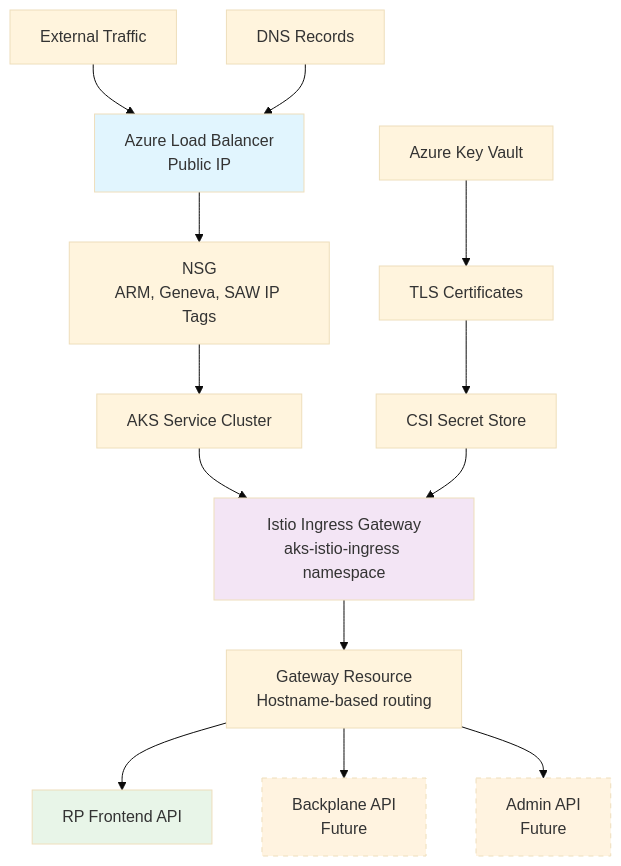
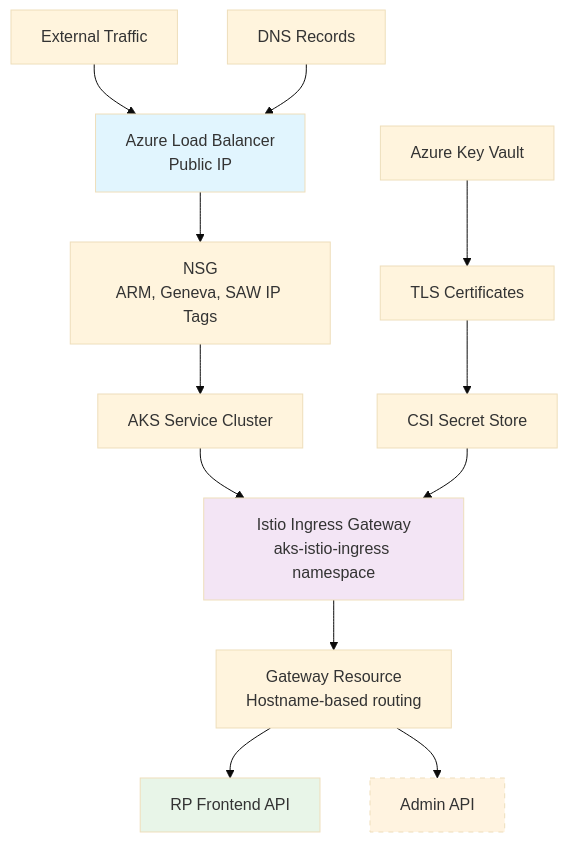
One commit to Azure/ARO-HCP changed the first of 3 diagrams in docs/ingress-egress.md. Above: the diagram before and after it, drawn with Mermaid (base theme). The commit also changed other lines of this file and 22 other files, not shown here.

First line of the commit message:
remove backplane-api from ARO HCP

````diff
--- a/docs/ingress-egress.md
+++ b/docs/ingress-egress.md
@@ -11,23 +11,21 @@
 ```mermaid
 flowchart TD
     ExternalTraffic[External Traffic] --> AzureLB[Azure Load Balancer<br/>Public IP]
     AzureLB --> NSG[NSG<br/>ARM, Geneva, SAW IP Tags]
     NSG --> AKSCluster[AKS Service Cluster]
     AKSCluster --> IstioGateway[Istio Ingress Gateway<br/>aks-istio-ingress namespace]
     IstioGateway --> GatewayResource[Gateway Resource<br/>Hostname-based routing]
     GatewayResource --> RPFrontend[RP Frontend API]
-    GatewayResource --> BackplaneAPI[Backplane API<br/>Future]
-    GatewayResource --> AdminAPI[Admin API<br/>Future]
+    GatewayResource --> AdminAPI[Admin API]
 
     KeyVault[Azure Key Vault] --> TLSCerts[TLS Certificates]
     TLSCerts --> CSIStore[CSI Secret Store]
     CSIStore --> IstioGateway
 
     DNSRecords[DNS Records] --> AzureLB
 
     style AzureLB fill:#e1f5fe
     style IstioGateway fill:#f3e5f5
     style RPFrontend fill:#e8f5e8
-    style BackplaneAPI fill:#fff3e0,stroke-dasharray: 5 5
     style AdminAPI fill:#fff3e0,stroke-dasharray: 5 5
 ```
````
